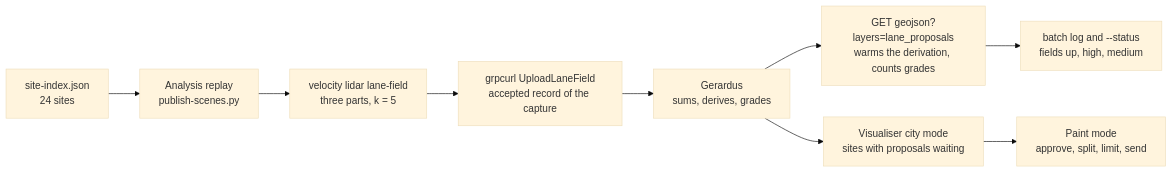
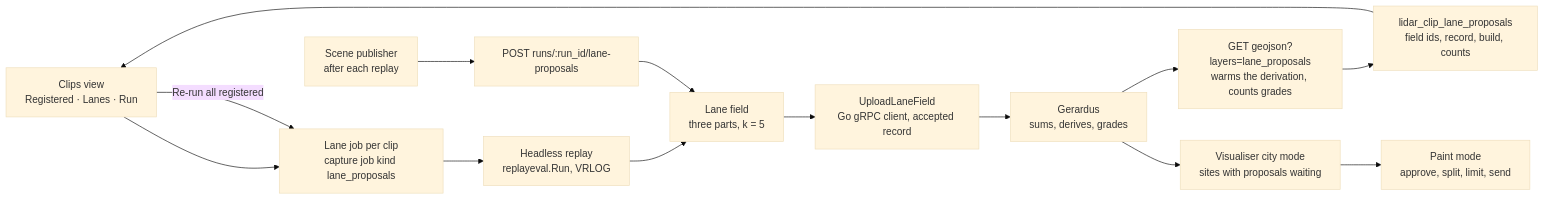
Before and after one commit to banshee-data/velocity.report: the diagram in docs/plans/lidar-lane-field-batch-plan.md, drawn with Mermaid (base theme). The commit also changed other lines of this file and 2 other files, not shown here.

First line of the commit message:
[ai][docs] Lane proposals plan: a server job per clip, Registered and Lanes in the clips view, re-run across registered clips

````diff
--- a/docs/plans/lidar-lane-field-batch-plan.md
+++ b/docs/plans/lidar-lane-field-batch-plan.md
@@ -96,11 +113,16 @@
 ```mermaid
 flowchart LR
-  I[site-index.json<br/>24 sites] --> R[Analysis replay<br/>publish-scenes.py]
-  R --> F[velocity lidar lane-field<br/>three parts, k = 5]
-  F --> U[grpcurl UploadLaneField<br/>accepted record of the capture]
+  C[Clips view<br/>Registered · Lanes · Run] --> J[Lane job per clip<br/>capture job kind lane_proposals]
+  C -- Re-run all registered --> J
+  S[Scene publisher<br/>after each replay] --> R[POST runs/:run_id/lane-proposals]
+  J --> P[Headless replay<br/>replayeval.Run, VRLOG]
+  P --> F[Lane field<br/>three parts, k = 5]
+  R --> F
+  F --> U[UploadLaneField<br/>Go gRPC client, accepted record]
   U --> G[Gerardus<br/>sums, derives, grades]
   G --> D[GET geojson?layers=lane_proposals<br/>warms the derivation, counts grades]
-  D --> S[batch log and --status<br/>fields up, high, medium]
+  D --> T[lidar_clip_lane_proposals<br/>field ids, record, build, counts]
+  T --> C
   G --> V[Visualiser city mode<br/>sites with proposals waiting]
-  V --> P[Paint mode<br/>approve, split, limit, send]
+  V --> PM[Paint mode<br/>approve, split, limit, send]
 ```
````
